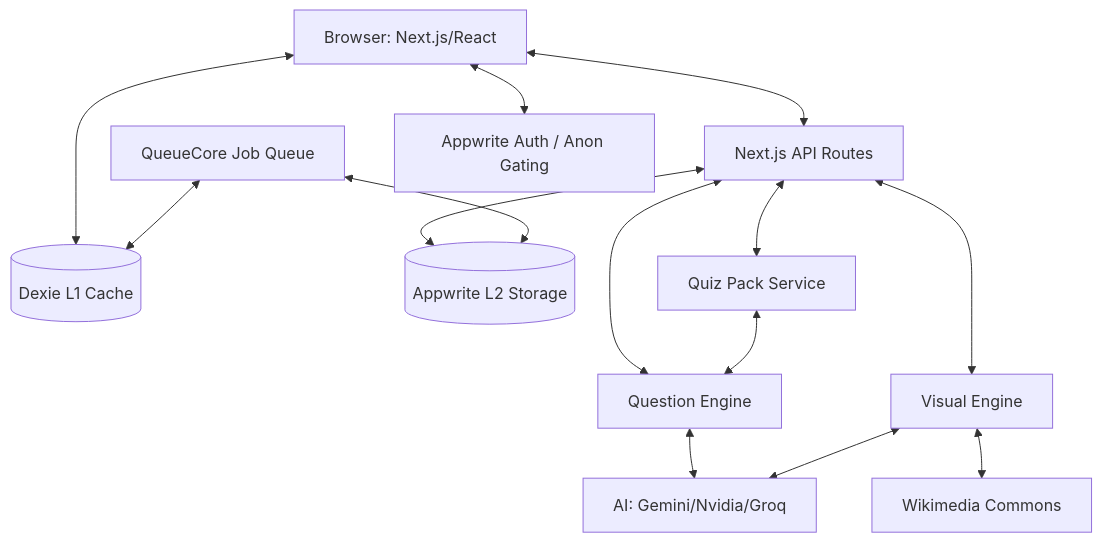
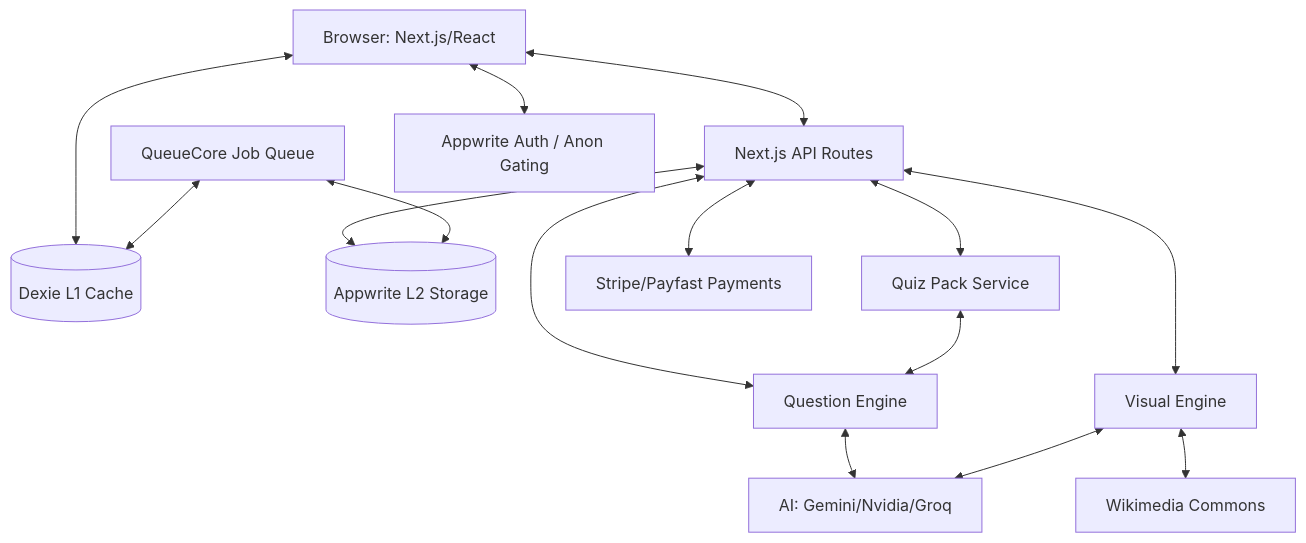
Before and after one commit to thembaxx/lumni: the diagram in .context/system-design.md, drawn with Mermaid. The commit also changed other lines of this file and 6 other files, not shown here.

````diff
--- a/.context/system-design.md
+++ b/.context/system-design.md
@@ -8,28 +8,30 @@
 ```mermaid
 graph TD
     Client[Browser: Next.js/React]
     Dexie[(Dexie L1 Cache)]
     Appwrite[(Appwrite L2 Storage)]
     API[Next.js API Routes]
     Engine[Question Engine]
     Visual[Visual Engine]
     Pack[Quiz Pack Service]
     AI[AI: Gemini/Nvidia/Groq]
     Wiki[Wikimedia Commons]
     Queue[QueueCore Job Queue]
     Auth[Appwrite Auth / Anon Gating]
+    Stripe[Stripe/Payfast Payments]
 
     Client <--> Dexie
     Client <--> Auth
     Client <--> API
     API <--> Appwrite
     API <--> Engine
     API <--> Visual
     API <--> Pack
+    API <--> Stripe
     Engine <--> AI
     Visual <--> AI
     Visual <--> Wiki
     Pack <--> Engine
     Queue <--> Dexie
     Queue <--> Appwrite
 ```
````
